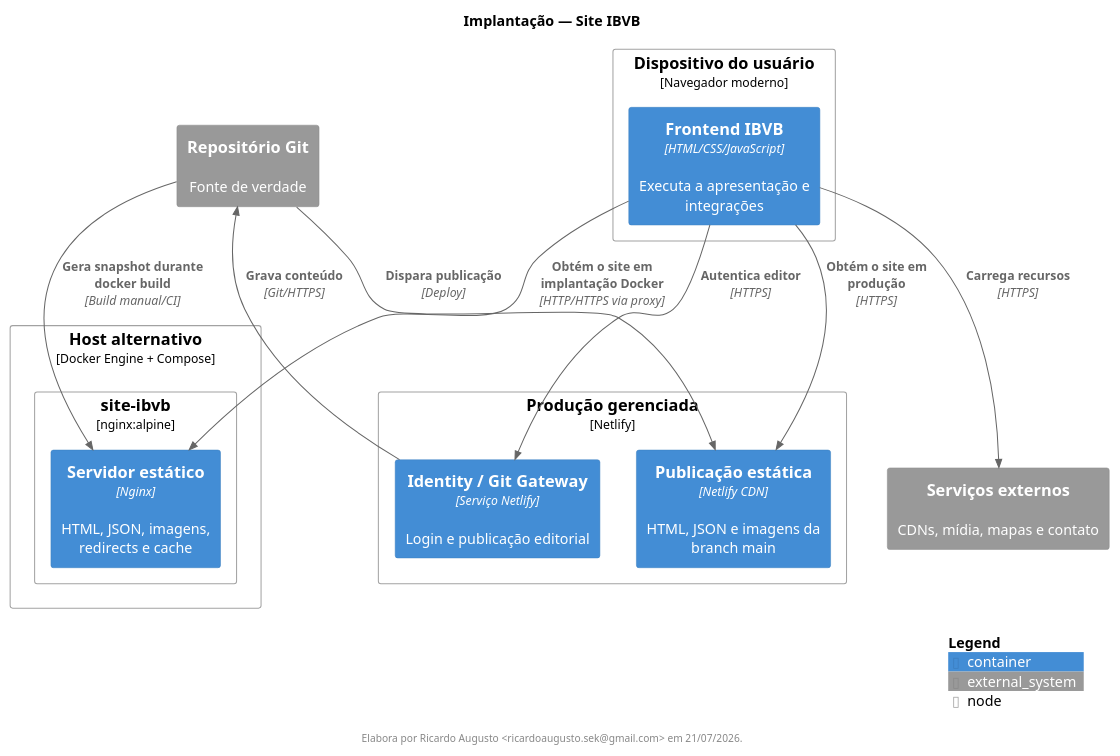
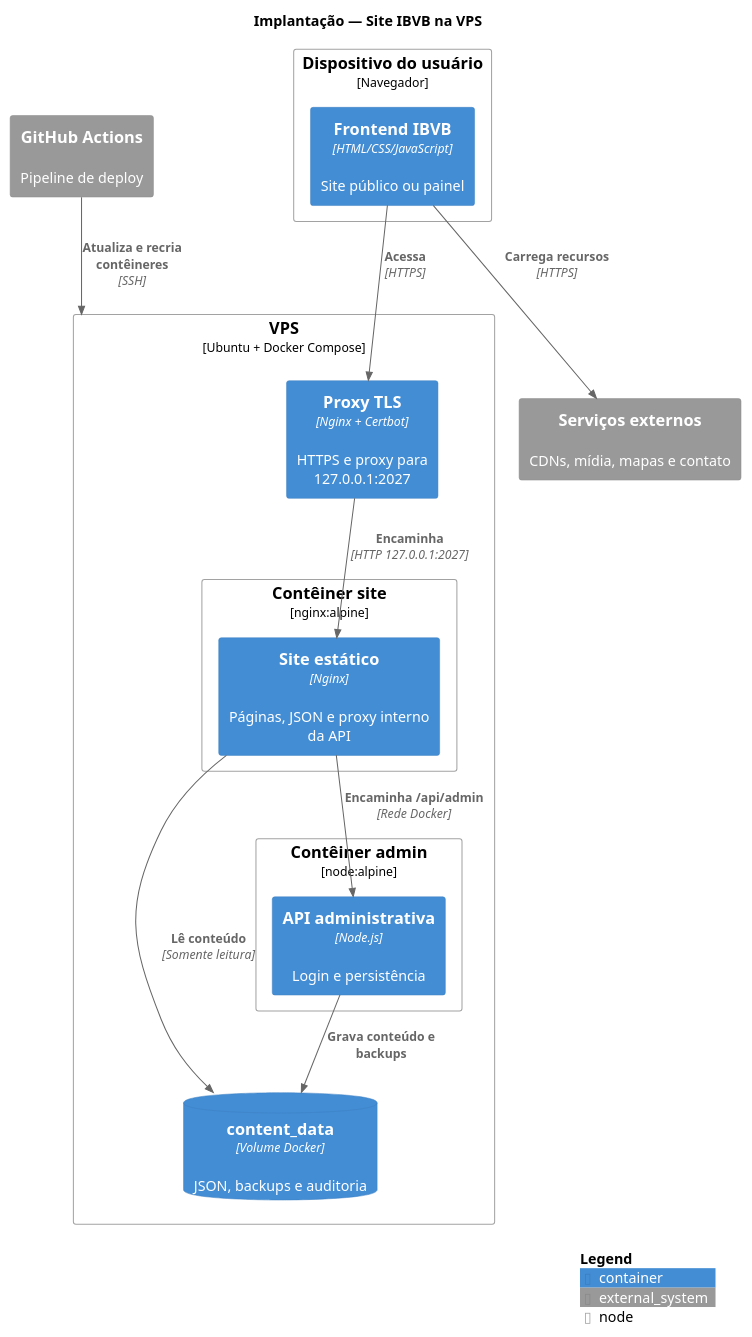
One commit to agenciaho/site-ibvb changed the diagram in documentacao/devops/c4-deployment.puml. Above: the diagram before and after it, drawn with PlantUML. The commit also changed 16 other files, not shown here.

```diff
--- a/documentacao/devops/c4-deployment.puml
+++ b/documentacao/devops/c4-deployment.puml
@@ -1,35 +1,33 @@
 @startuml C4_Deployment_IBVB
 !includeurl https://raw.githubusercontent.com/plantuml-stdlib/C4-PlantUML/master/C4_Deployment.puml
 
-title Implantação — Site IBVB
+title Implantação — Site IBVB na VPS
 
-Deployment_Node(client, "Dispositivo do usuário", "Navegador moderno") {
-  Container(browser, "Frontend IBVB", "HTML/CSS/JavaScript", "Executa a apresentação e integrações")
+Deployment_Node(client, "Dispositivo do usuário", "Navegador") {
+  Container(browser, "Frontend IBVB", "HTML/CSS/JavaScript", "Site público ou painel")
 }
 
-Deployment_Node(netlify, "Produção gerenciada", "Netlify") {
-  Container(netlifyStatic, "Publicação estática", "Netlify CDN", "HTML, JSON e imagens da branch main")
-  Container(identity, "Identity / Git Gateway", "Serviço Netlify", "Login e publicação editorial")
+Deployment_Node(vps, "VPS", "Ubuntu + Docker Compose") {
+  Container(proxy, "Proxy TLS", "Nginx + Certbot", "HTTPS e proxy para 127.0.0.1:2027")
+  Deployment_Node(siteContainer, "Contêiner site", "nginx:alpine") {
+    Container(nginx, "Site estático", "Nginx", "Páginas, JSON e proxy interno da API")
+  }
+  Deployment_Node(adminContainer, "Contêiner admin", "node:alpine") {
+    Container(api, "API administrativa", "Node.js", "Login e persistência")
+  }
+  ContainerDb(volume, "content_data", "Volume Docker", "JSON, backups e auditoria")
 }
 
-Deployment_Node(dockerHost, "Host alternativo", "Docker Engine + Compose") {
-  Deployment_Node(container, "site-ibvb", "nginx:alpine") {
-    Container(nginx, "Servidor estático", "Nginx", "HTML, JSON, imagens, redirects e cache")
-  }
-}
-
-System_Ext(git, "Repositório Git", "Fonte de verdade")
+System_Ext(git, "GitHub Actions", "Pipeline de deploy")
 System_Ext(internet, "Serviços externos", "CDNs, mídia, mapas e contato")
 
-Rel(browser, netlifyStatic, "Obtém o site em produção", "HTTPS")
-Rel(browser, nginx, "Obtém o site em implantação Docker", "HTTP/HTTPS via proxy")
-Rel(browser, identity, "Autentica editor", "HTTPS")
+Rel(browser, proxy, "Acessa", "HTTPS")
+Rel(proxy, nginx, "Encaminha", "HTTP 127.0.0.1:2027")
+Rel(nginx, api, "Encaminha /api/admin", "Rede Docker")
+Rel(nginx, volume, "Lê conteúdo", "Somente leitura")
+Rel(api, volume, "Grava conteúdo e backups")
 Rel(browser, internet, "Carrega recursos", "HTTPS")
-Rel(identity, git, "Grava conteúdo", "Git/HTTPS")
-Rel(git, netlifyStatic, "Dispara publicação", "Deploy")
-Rel(git, nginx, "Gera snapshot durante docker build", "Build manual/CI")
-
-footer Elabora por Ricardo Augusto <ricardoaugusto.sek@gmail.com> em 21/07/2026.
+Rel(git, vps, "Atualiza e recria contêineres", "SSH")
 
 SHOW_LEGEND()
 @enduml
```
